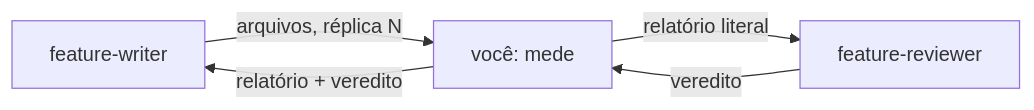
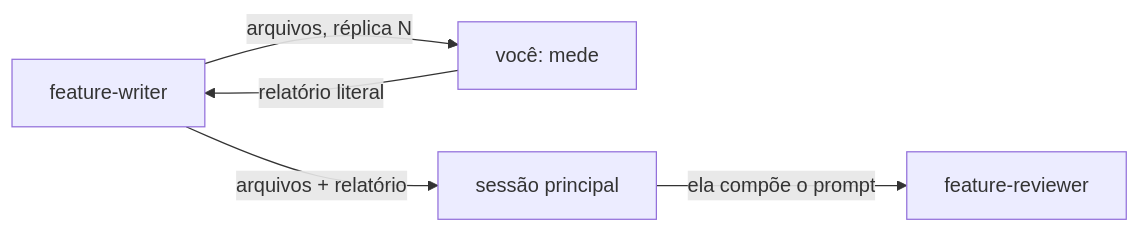
One commit to da0hn/distributed-systems-experiment-lab changed the diagram in .claude/agents/artifact-verifier.md. Above: the diagram before and after it, drawn with Mermaid. The commit also changed other lines of this file and 3 other files, not shown here.

````diff
--- a/.claude/agents/artifact-verifier.md
+++ b/.claude/agents/artifact-verifier.md
@@ -24,7 +23,7 @@
 ```mermaid
 flowchart LR
     W["feature-writer"] -->|" arquivos, réplica N "| V["você: mede"]
-    V -->|" relatório literal "| R["feature-reviewer"]
-    R -->|" veredito "| V
-    V -->|" relatório + veredito "| W
+    V -->|" relatório literal "| W
+    W -->|" arquivos + relatório "| S["sessão principal"]
+    S -->|" ela compõe o prompt "| R["feature-reviewer"]
 ```
````
